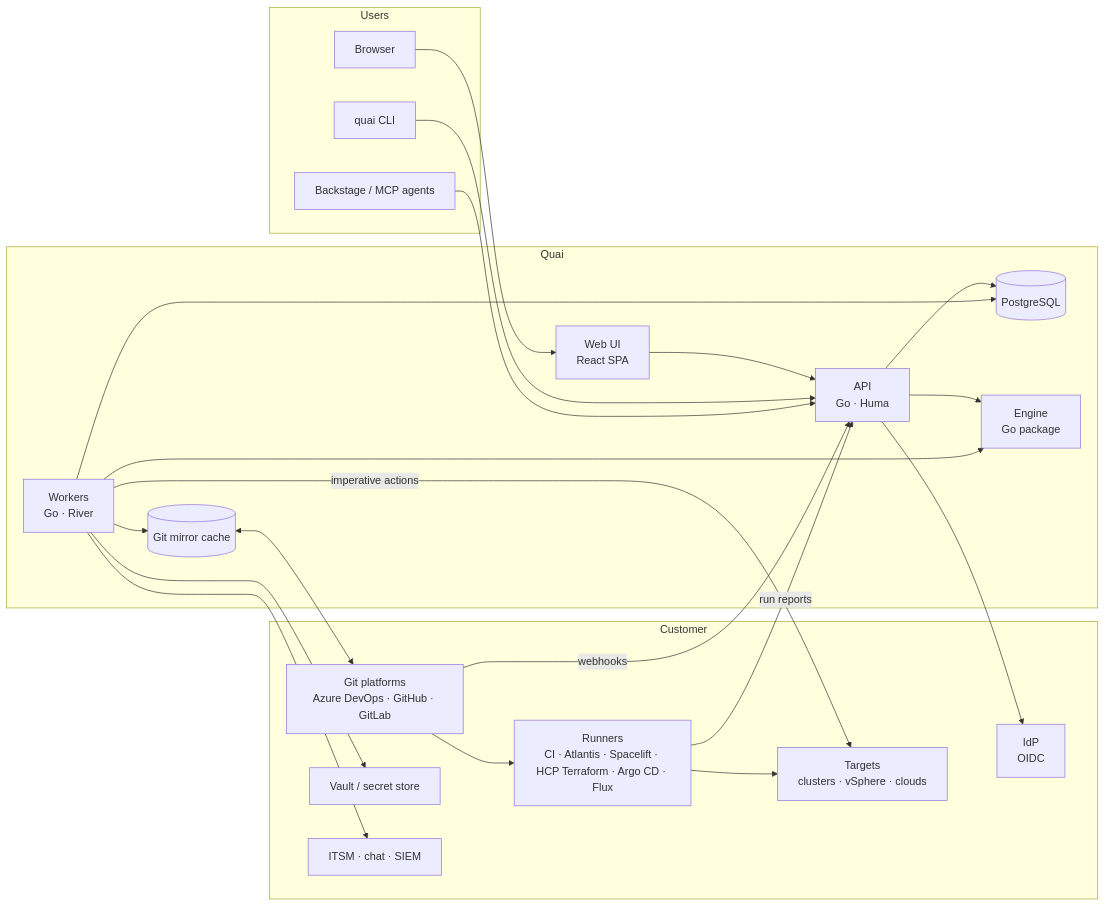
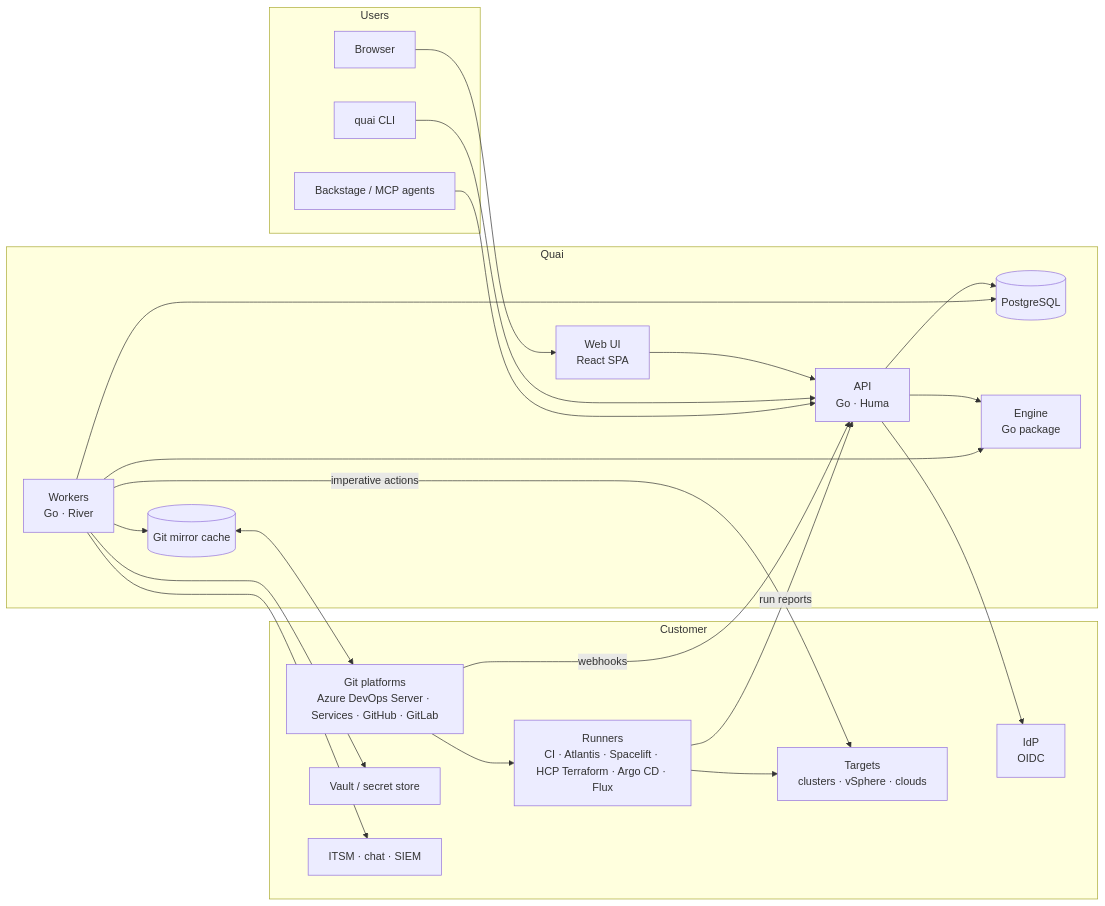
The diagram in docs/architecture/overview.md (damhau/quai), drawn with Mermaid before and after one commit. The commit also changed other lines of this file and 8 other files, not shown here.

First line of the commit message:
Target Azure DevOps Server first, Services alongside

````diff
--- a/docs/architecture/overview.md
+++ b/docs/architecture/overview.md
@@ -35,40 +35,40 @@
 ```mermaid
 flowchart LR
   subgraph Users
     B[Browser]
     C[quai CLI]
     P[Backstage / MCP agents]
   end
   subgraph Quai
     W[Web UI<br/>React SPA]
     A[API<br/>Go · Huma]
     K[Workers<br/>Go · River]
     E[(PostgreSQL)]
     M[(Git mirror cache)]
     X[Engine<br/>Go package]
   end
   subgraph Customer
-    G[Git platforms<br/>Azure DevOps · GitHub · GitLab]
+    G[Git platforms<br/>Azure DevOps Server · Services · GitHub · GitLab]
     R[Runners<br/>CI · Atlantis · Spacelift · HCP Terraform · Argo CD · Flux]
     I[IdP<br/>OIDC]
     V[Vault / secret store]
     S[ITSM · chat · SIEM]
     T[Targets<br/>clusters · vSphere · clouds]
   end
   B --> W --> A
   C --> A
   P --> A
   A --> E
   A --> X
   K --> X
   K --> E
   K --> M
   M <--> G
   G -- webhooks --> A
   R -- run reports --> A
   G --> R --> T
   A --> I
   K --> V
   K --> S
   K -- imperative actions --> T
 ```
````
